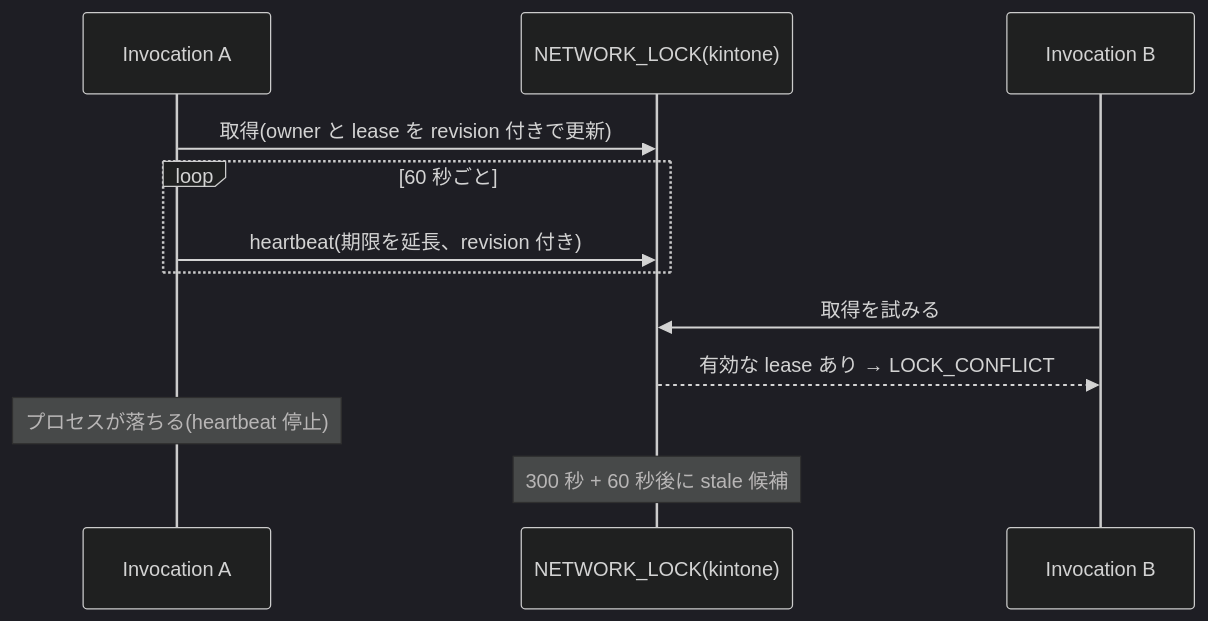
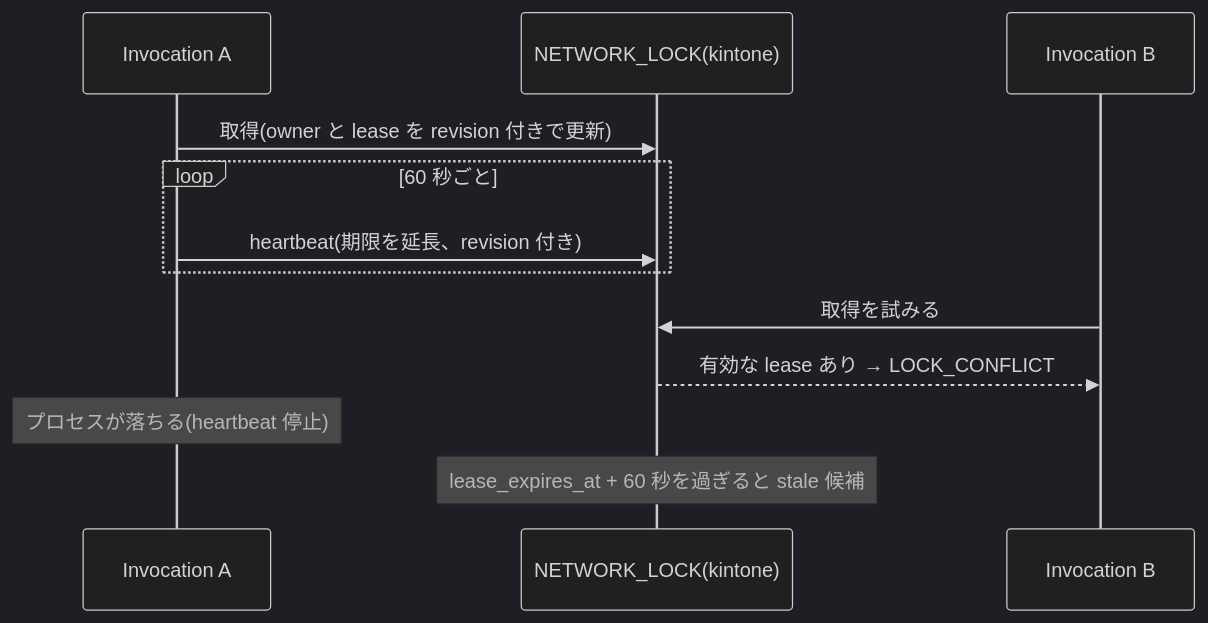
One commit to rex0220/ksql-flownet changed the second of 2 diagrams in docs/internal/qiita-draft-8.md. Above: the diagram before and after it, drawn with Mermaid (dark theme). The commit also changed other lines of this file and 1 other file, not shown here.

Commit message:
docs: #8 第3巡 — lease 失効後の説明を『所有権を自動で移さず、停止確認後に強制解放、旧 owner の更新は拒否、結果は照合して確定できなければ UNKNOWN』へ、図の stale 表現、契約の境界表現を統一

````diff
--- a/docs/internal/qiita-draft-8.md
+++ b/docs/internal/qiita-draft-8.md
@@ -91,14 +91,14 @@
 ```mermaid
 sequenceDiagram
   participant A as Invocation A
   participant L as NETWORK_LOCK(kintone)
   participant B as Invocation B
   A->>L: 取得(owner と lease を revision 付きで更新)
   loop 60 秒ごと
     A->>L: heartbeat(期限を延長、revision 付き)
   end
   B->>L: 取得を試みる
   L-->>B: 有効な lease あり → LOCK_CONFLICT
   Note over A: プロセスが落ちる(heartbeat 停止)
-  Note over L: 300 秒 + 60 秒後に stale 候補
+  Note over L: lease_expires_at + 60 秒を過ぎると stale 候補
 ```
````
